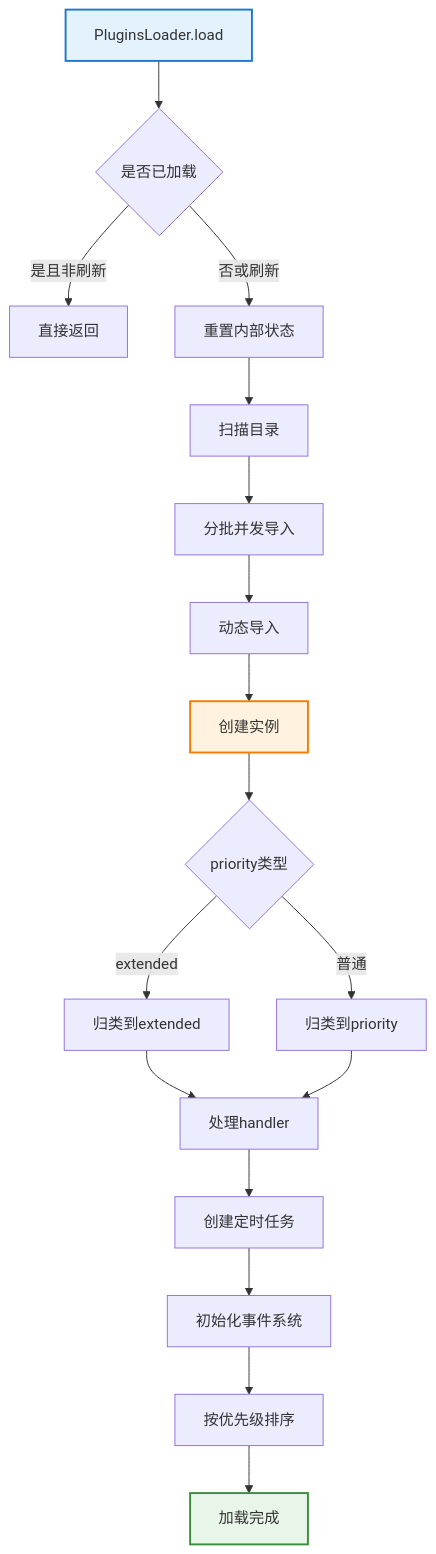
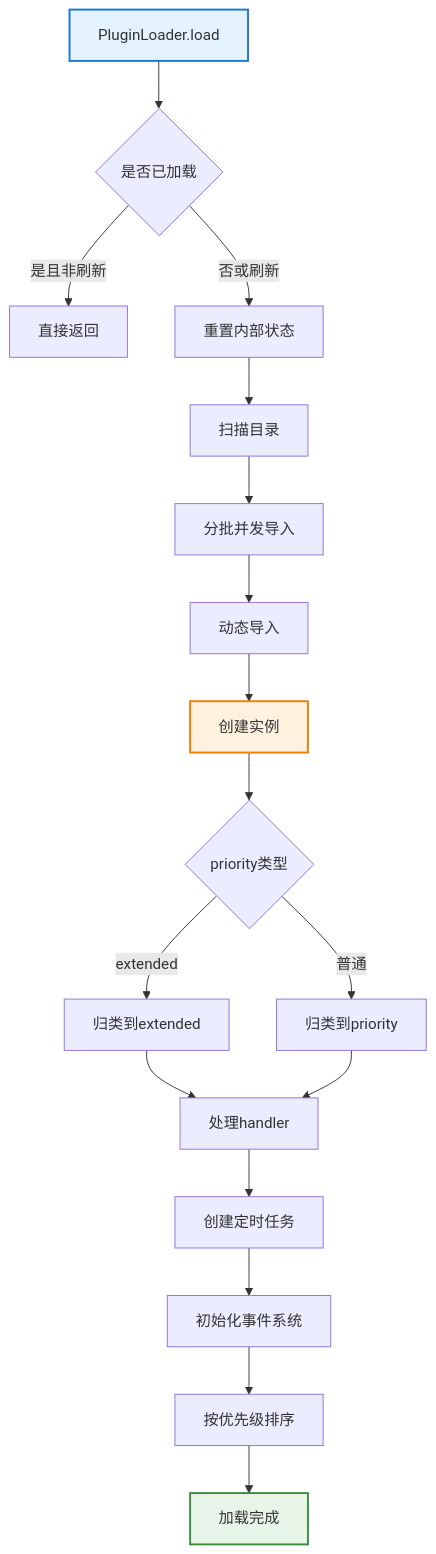
Before and after one commit to sunflowermm/XRK-AGT: the first of 3 diagrams in docs/plugins-loader.md, drawn with Mermaid. The commit also changed other lines of this file and 315 other files, not shown here.

````diff
--- a/docs/plugins-loader.md
+++ b/docs/plugins-loader.md
@@ -86,23 +86,23 @@
 ```mermaid
 flowchart TB
-    A["PluginsLoader.load"] --> B{"是否已加载"}
+    A["PluginLoader.load"] --> B{"是否已加载"}
     B -->|是且非刷新| Z["直接返回"]
     B -->|否或刷新| C["重置内部状态"]
     C --> D["扫描目录"]
     D --> E["分批并发导入"]
     E --> F["动态导入"]
     F --> G["创建实例"]
     G --> H{"priority类型"}
     H -->|extended| I["归类到extended"]
     H -->|普通| J["归类到priority"]
     I --> K["处理handler"]
     J --> K
     K --> L["创建定时任务"]
     L --> M["初始化事件系统"]
     M --> N["按优先级排序"]
     N --> O["加载完成"]
     
     style A fill:#E3F2FD,stroke:#1976D2,stroke-width:2px
     style G fill:#FFF3E0,stroke:#F57C00,stroke-width:2px
     style O fill:#E8F5E9,stroke:#388E3C,stroke-width:2px
 ```
````
